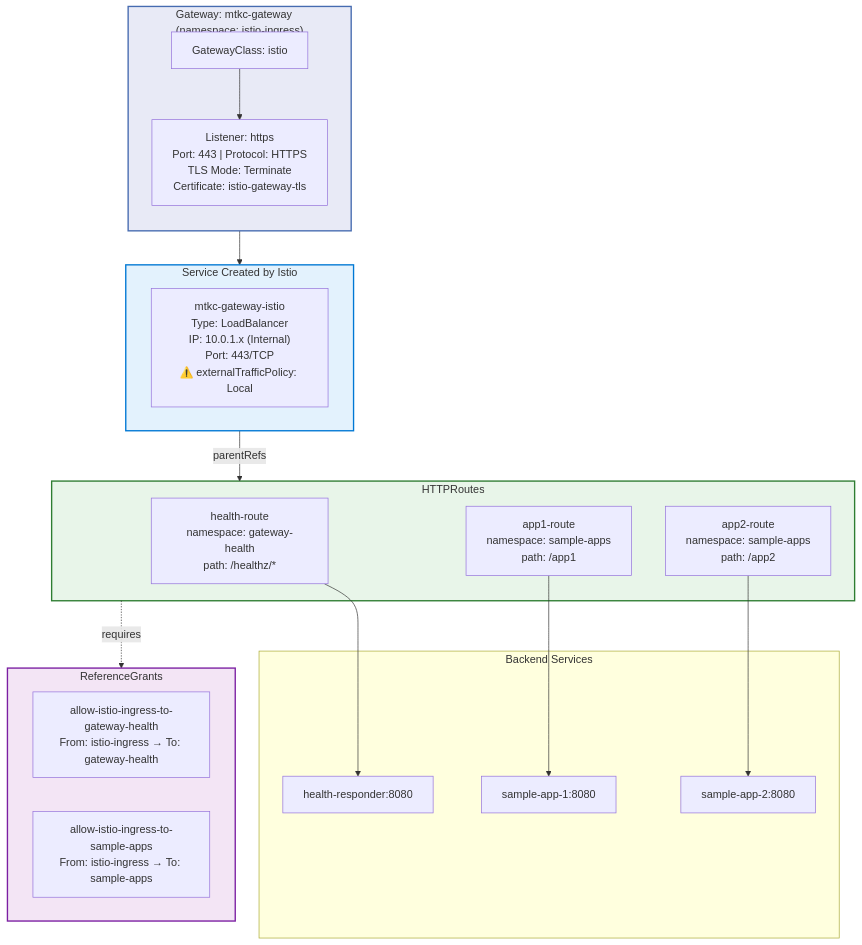
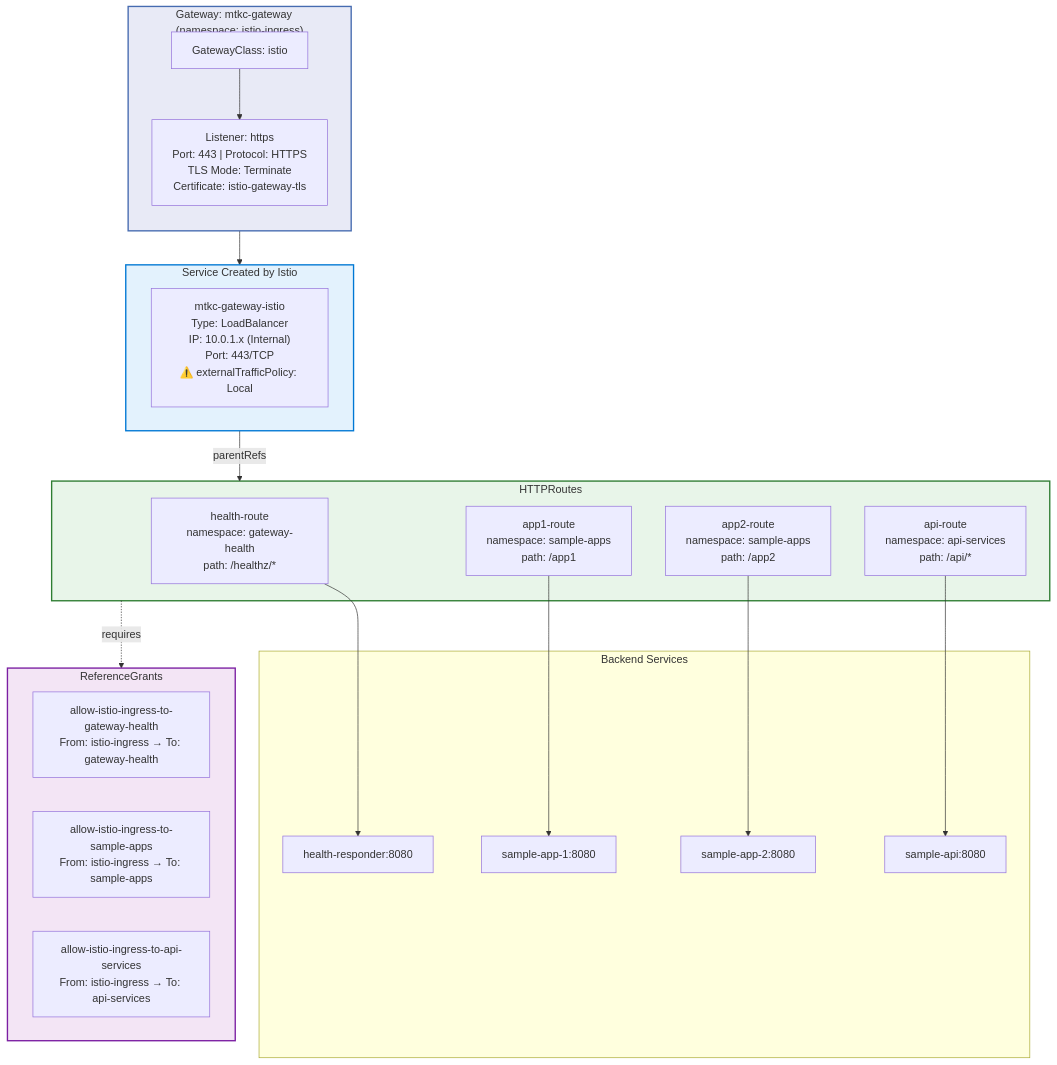
The third of 9 diagrams in README.md (shanaka-versent/AKS-Istio-GatewayAPI-Demo), drawn with Mermaid before and after one commit. The commit also changed other lines of this file and 34 other files, not shown here.

````diff
--- a/README.md
+++ b/README.md
@@ -75,47 +196,51 @@
 ```mermaid
 flowchart TB
     subgraph GW["Gateway: mtkc-gateway<br/>(namespace: istio-ingress)"]
         direction TB
         GWClass["GatewayClass: istio"]
         Listener["Listener: https<br/>Port: 443 | Protocol: HTTPS<br/>TLS Mode: Terminate<br/>Certificate: istio-gateway-tls"]
     end
 
     subgraph SVC["Service Created by Istio"]
         Service["mtkc-gateway-istio<br/>Type: LoadBalancer<br/>IP: 10.0.1.x (Internal)<br/>Port: 443/TCP<br/>⚠️ externalTrafficPolicy: Local"]
     end
 
     subgraph Routes["HTTPRoutes"]
         HR1["health-route<br/>namespace: gateway-health<br/>path: /healthz/*"]
         HR2["app1-route<br/>namespace: sample-apps<br/>path: /app1"]
         HR3["app2-route<br/>namespace: sample-apps<br/>path: /app2"]
+        HR4["api-route<br/>namespace: api-services<br/>path: /api/*"]
     end
 
     subgraph Backends["Backend Services"]
         BE1["health-responder:8080"]
         BE2["sample-app-1:8080"]
         BE3["sample-app-2:8080"]
+        BE4["sample-api:8080"]
     end
 
     subgraph Grants["ReferenceGrants"]
         RG1["allow-istio-ingress-to-gateway-health<br/>From: istio-ingress → To: gateway-health"]
         RG2["allow-istio-ingress-to-sample-apps<br/>From: istio-ingress → To: sample-apps"]
+        RG3["allow-istio-ingress-to-api-services<br/>From: istio-ingress → To: api-services"]
     end
 
     GWClass --> Listener
     Listener --> SVC
     SVC -->|"parentRefs"| Routes
     HR1 --> BE1
     HR2 --> BE2
     HR3 --> BE3
+    HR4 --> BE4
     Routes -.->|"requires"| Grants
 
     classDef gateway fill:#e8eaf6,stroke:#466bb0,stroke-width:2px,color:#333
     classDef service fill:#e3f2fd,stroke:#0078d4,stroke-width:2px,color:#333
     classDef routes fill:#e8f5e9,stroke:#2e7d32,stroke-width:2px,color:#333
     classDef grants fill:#f3e5f5,stroke:#7b1fa2,stroke-width:2px,color:#333
 
     class GW gateway
     class SVC service
     class Routes routes
     class Grants grants
 ```
````
